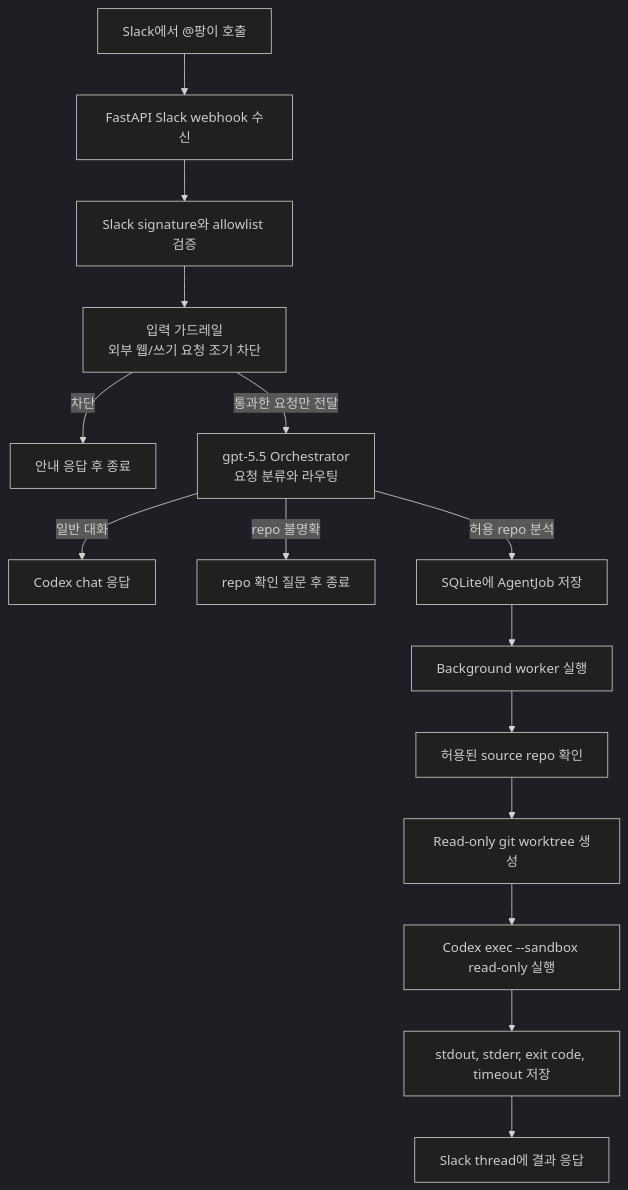
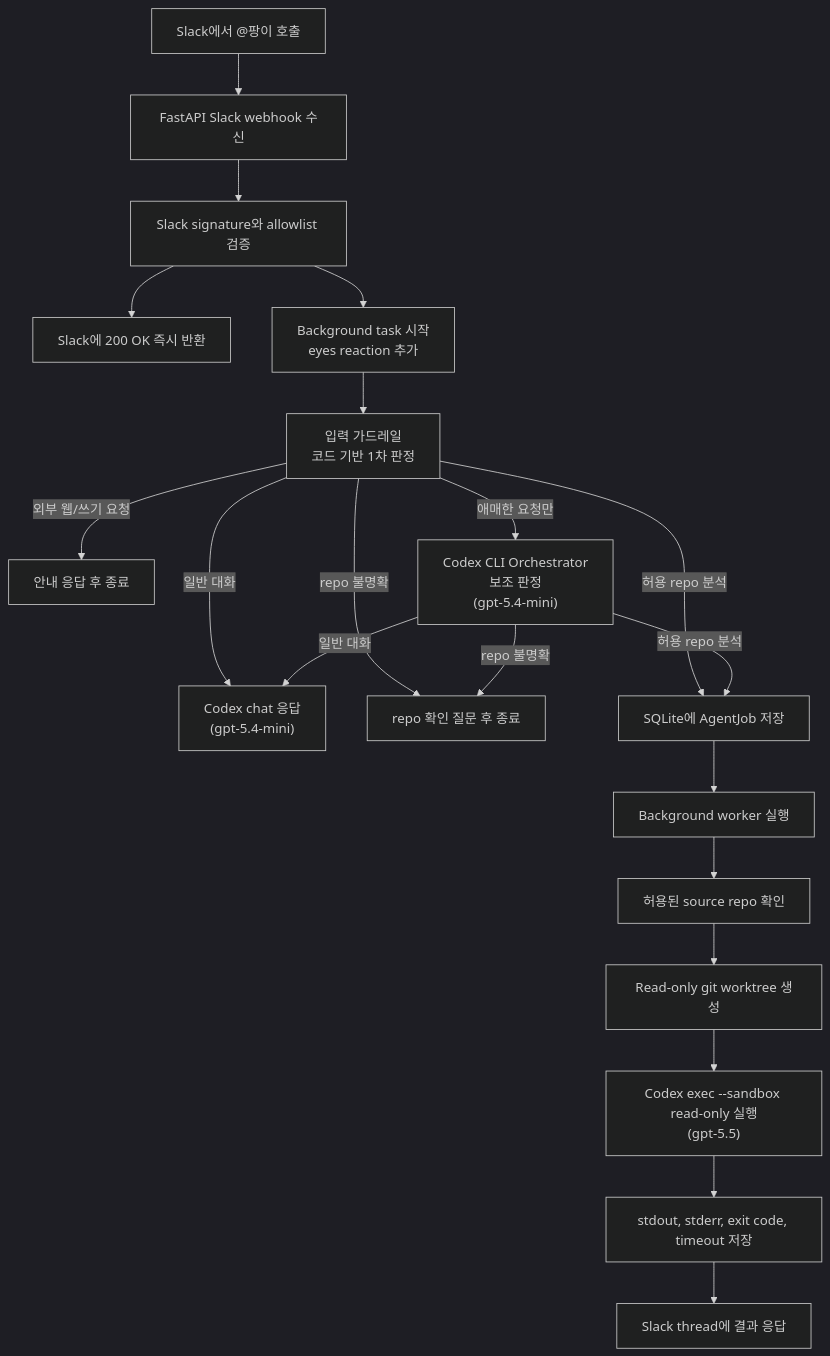
The first of 2 diagrams in README.md (team-PopPang/Pangi), drawn with Mermaid (dark theme) before and after one commit. The commit also changed other lines of this file and 26 other files, not shown here.

````diff
--- a/README.md
+++ b/README.md
@@ -37,17 +37,22 @@
 ```mermaid
 flowchart TD
     A["Slack에서 @팡이 호출"] --> B["FastAPI Slack webhook 수신"]
     B --> C["Slack signature와 allowlist 검증"]
-    C --> D["입력 가드레일<br/>외부 웹/쓰기 요청 조기 차단"]
-    D -->|차단| X["안내 응답 후 종료"]
-    D -->|통과한 요청만 전달| E["gpt-5.5 Orchestrator<br/>요청 분류와 라우팅"]
-    E -->|일반 대화| Y["Codex chat 응답"]
-    E -->|repo 불명확| Z["repo 확인 질문 후 종료"]
-    E -->|허용 repo 분석| F["SQLite에 AgentJob 저장"]
+    C --> ACK["Slack에 200 OK 즉시 반환"]
+    C --> BG["Background task 시작<br/>eyes reaction 추가"]
+    BG --> D["입력 가드레일<br/>코드 기반 1차 판정"]
+    D -->|외부 웹/쓰기 요청| X["안내 응답 후 종료"]
+    D -->|일반 대화| Y["Codex chat 응답<br/>(gpt-5.4-mini)"]
+    D -->|repo 불명확| Z["repo 확인 질문 후 종료"]
+    D -->|허용 repo 분석| F["SQLite에 AgentJob 저장"]
+    D -->|애매한 요청만| E["Codex CLI Orchestrator<br/>보조 판정<br/>(gpt-5.4-mini)"]
+    E -->|일반 대화| Y
+    E -->|repo 불명확| Z
+    E -->|허용 repo 분석| F
     F --> G["Background worker 실행"]
     G --> H["허용된 source repo 확인"]
     H --> I["Read-only git worktree 생성"]
-    I --> J["Codex exec --sandbox read-only 실행"]
+    I --> J["Codex exec --sandbox read-only 실행<br/>(gpt-5.5)"]
     J --> K["stdout, stderr, exit code, timeout 저장"]
     K --> L["Slack thread에 결과 응답"]
 ```
````
